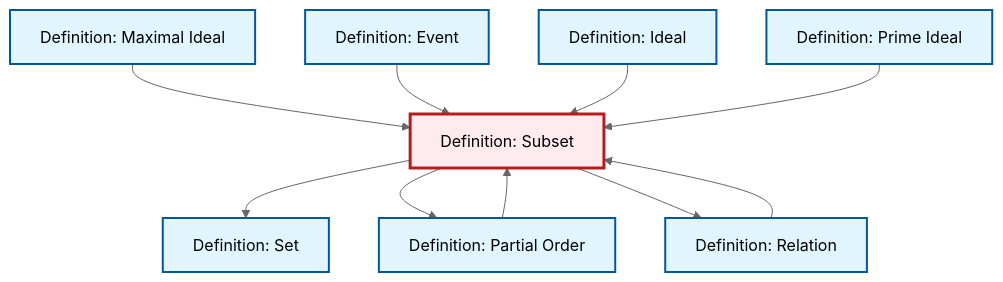
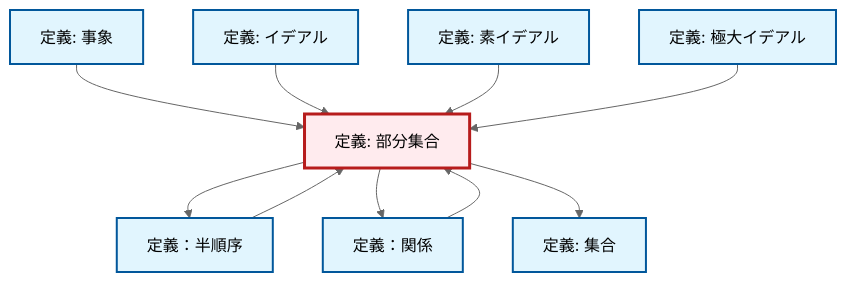
Before and after one commit to RK0429/ModernMath: the diagram in content/ja/logic-set-theory/def-subset.qmd, drawn with Mermaid (neutral theme). The commit also changed 1069 other files, not shown here.

````diff
--- a/content/ja/logic-set-theory/def-subset.qmd
+++ b/content/ja/logic-set-theory/def-subset.qmd
@@ -52,34 +52,34 @@
 ```{mermaid}
 %%| fig-cap: "Local dependency graph"
 graph TD
     classDef definition fill:#e1f5fe,stroke:#01579b,stroke-width:2px
     classDef theorem fill:#f3e5f5,stroke:#4a148c,stroke-width:2px
     classDef axiom fill:#fff3e0,stroke:#e65100,stroke-width:2px
     classDef example fill:#e8f5e9,stroke:#1b5e20,stroke-width:2px
     classDef current fill:#ffebee,stroke:#b71c1c,stroke-width:3px
-    def-set["Definition: Set"]:::definition
-    def-maximal-ideal["Definition: Maximal Ideal"]:::definition
-    def-event["Definition: Event"]:::definition
-    def-prime-ideal["Definition: Prime Ideal"]:::definition
-    def-subset["Definition: Subset"]:::definition
-    def-relation["Definition: Relation"]:::definition
-    def-ideal["Definition: Ideal"]:::definition
-    def-partial-order["Definition: Partial Order"]:::definition
-    def-maximal-ideal --> def-subset
+    def-set["定義: 集合"]:::definition
+    def-maximal-ideal["定義: 極大イデアル"]:::definition
+    def-prime-ideal["定義: 素イデアル"]:::definition
+    def-relation["定義：関係"]:::definition
+    def-ideal["定義: イデアル"]:::definition
+    def-event["定義: 事象"]:::definition
+    def-partial-order["定義：半順序"]:::definition
+    def-subset["定義: 部分集合"]:::definition
+    def-subset --> def-partial-order
+    def-subset --> def-relation
     def-subset --> def-set
     def-event --> def-subset
     def-ideal --> def-subset
+    def-prime-ideal --> def-subset
     def-partial-order --> def-subset
     def-relation --> def-subset
-    def-subset --> def-partial-order
-    def-subset --> def-relation
-    def-prime-ideal --> def-subset
+    def-maximal-ideal --> def-subset
     class def-subset current
-    click def-set "def-set.html" "Definition: Setへ"
-    click def-maximal-ideal "def-maximal-ideal.html" "Definition: Maximal Idealへ"
-    click def-event "def-event.html" "Definition: Eventへ"
-    click def-prime-ideal "def-prime-ideal.html" "Definition: Prime Idealへ"
-    click def-relation "def-relation.html" "Definition: Relationへ"
-    click def-ideal "def-ideal.html" "Definition: Idealへ"
-    click def-partial-order "def-partial-order.html" "Definition: Partial Orderへ"
+    click def-set "def-set.html" "集合の定義へ"
+    click def-maximal-ideal "def-maximal-ideal.html" "極大イデアルの定義へ"
+    click def-prime-ideal "def-prime-ideal.html" "素イデアルの定義へ"
+    click def-relation "def-relation.html" "定義：関係へ"
+    click def-ideal "def-ideal.html" "イデアルの定義へ"
+    click def-event "def-event.html" "事象の定義へ"
+    click def-partial-order "def-partial-order.html" "定義：半順序へ"
 ```
````
